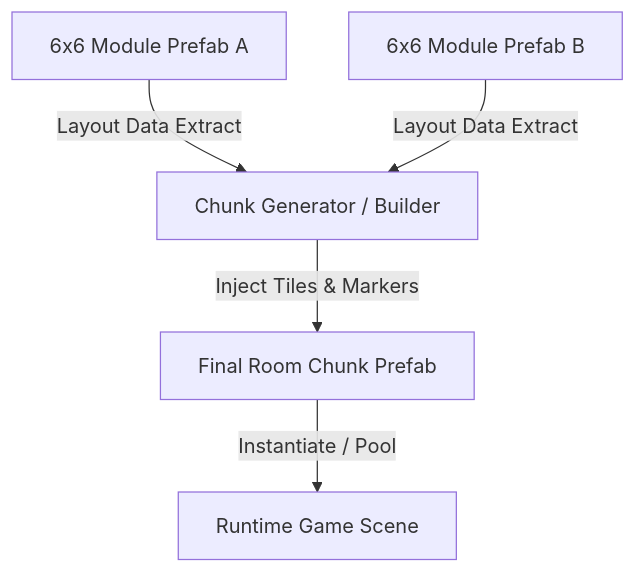
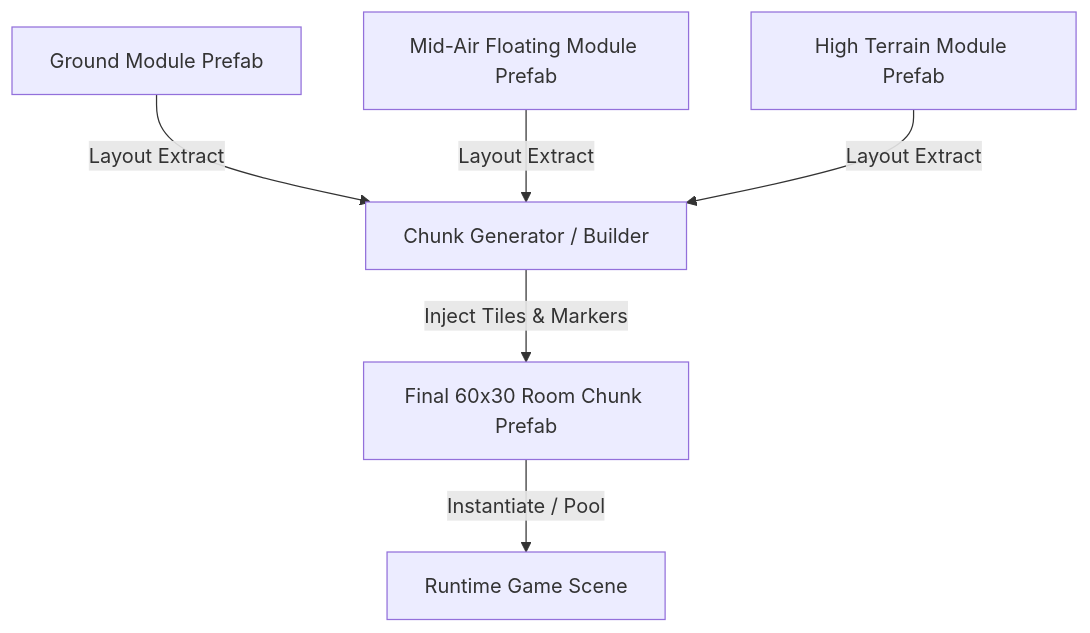
Before and after one commit to KangSungKyu/TP2: the diagram in Assets/Docs/SubPlans/plan_chunk_6x6_modules.md, drawn with Mermaid. The commit also changed other lines of this file and 2 other files, not shown here.

Commit message:
feat: build 24 6x6 module prefabs & regenerate Stage 1 11 room chunks via ModuleChunkBuilder with Addressables deployment

````diff
--- a/Assets/Docs/SubPlans/plan_chunk_6x6_modules.md
+++ b/Assets/Docs/SubPlans/plan_chunk_6x6_modules.md
@@ -45,7 +135,8 @@
 ```mermaid
 graph TD
-    A[6x6 Module Prefab A] -->|Layout Data Extract| C[Chunk Generator / Builder]
-    B[6x6 Module Prefab B] -->|Layout Data Extract| C
-    C -->|Inject Tiles & Markers| D[Final Room Chunk Prefab]
-    D -->|Instantiate / Pool| E[Runtime Game Scene]
+    A[Ground Module Prefab] -->|Layout Extract| D[Chunk Generator / Builder]
+    B[Mid-Air Floating Module Prefab] -->|Layout Extract| D
+    C[High Terrain Module Prefab] -->|Layout Extract| D
+    D -->|Inject Tiles & Markers| E[Final 60x30 Room Chunk Prefab]
+    E -->|Instantiate / Pool| F[Runtime Game Scene]
 ```
````
